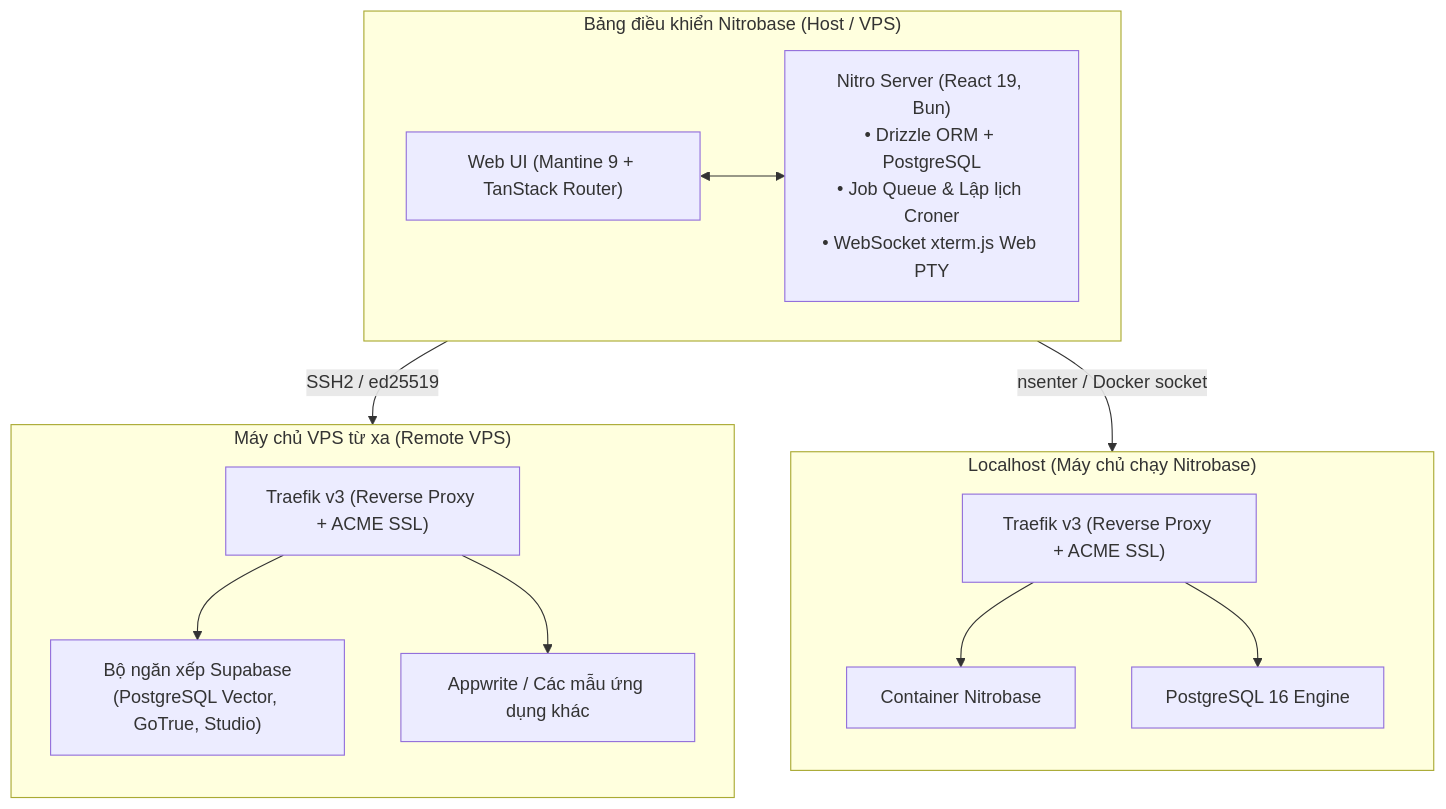
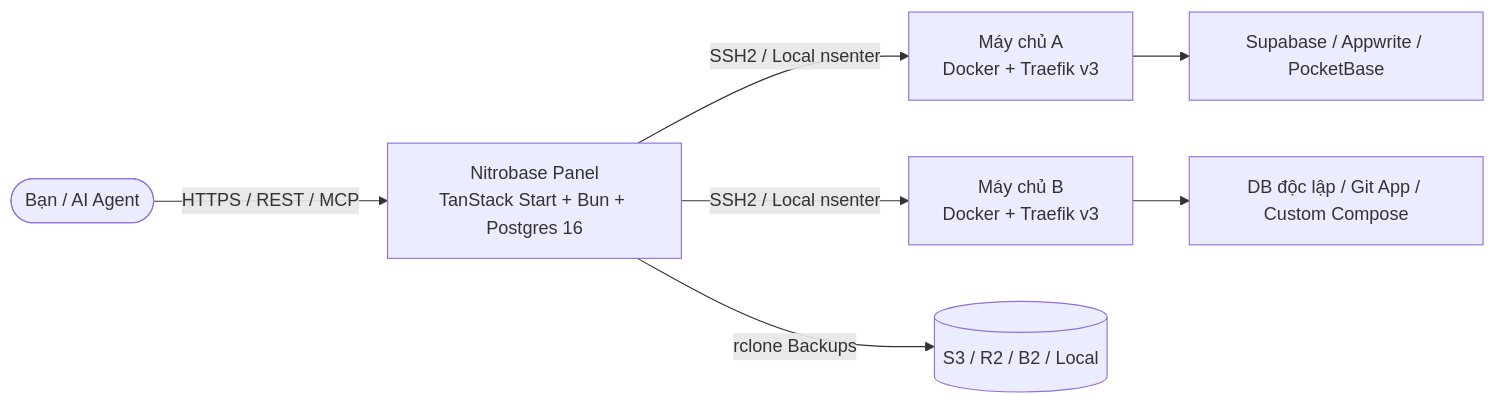
One commit to hoagminh/nitrobase-home changed the diagram in contents/docs/vi/core-concepts/architecture.md. Above: the diagram before and after it, drawn with Mermaid. The commit also changed other lines of this file and 225 other files, not shown here.

````diff
--- a/contents/docs/vi/core-concepts/architecture.md
+++ b/contents/docs/vi/core-concepts/architecture.md
@@ -10,24 +10,9 @@
 ```mermaid
-flowchart TB
-  subgraph Panel["Bảng điều khiển Nitrobase (Host / VPS)"]
-    direction LR
-    UI["Web UI (Mantine 9 + TanStack Router)"] <--> Nitro["Nitro Server (React 19, Bun)<br/>• Drizzle ORM + PostgreSQL<br/>• Job Queue & Lập lịch Croner<br/>• WebSocket xterm.js Web PTY"]
-  end
-
-  Panel -->|SSH2 / ed25519| Remote["Máy chủ VPS từ xa (Remote VPS)"]
-  Panel -->|nsenter / Docker socket| Local["Localhost (Máy chủ chạy Nitrobase)"]
-
-  subgraph Remote["Máy chủ VPS từ xa (Remote VPS)"]
-    direction TB
-    TR["Traefik v3 (Reverse Proxy + ACME SSL)"]
-    TR --> Supabase["Bộ ngăn xếp Supabase<br/>(PostgreSQL Vector, GoTrue, Studio)"]
-    TR --> Appwrite["Appwrite / Các mẫu ứng dụng khác"]
-  end
-
-  subgraph Local["Localhost (Máy chủ chạy Nitrobase)"]
-    direction TB
-    TL["Traefik v3 (Reverse Proxy + ACME SSL)"]
-    TL --> App["Container Nitrobase"]
-    TL --> DB["PostgreSQL 16 Engine"]
-  end
+flowchart LR
+  you([Bạn / AI Agent]) -->|HTTPS / REST / MCP| panel["Nitrobase Panel<br/>TanStack Start + Bun + Postgres 16"]
+  panel -->|SSH2 / Local nsenter| s1["Máy chủ A<br/>Docker + Traefik v3"]
+  panel -->|SSH2 / Local nsenter| s2["Máy chủ B<br/>Docker + Traefik v3"]
+  s1 --> a1["Supabase / Appwrite / PocketBase"]
+  s2 --> a2["DB độc lập / Git App / Custom Compose"]
+  panel -->|rclone Backups| dest[("S3 / R2 / B2 / Local")]
 ```
````
